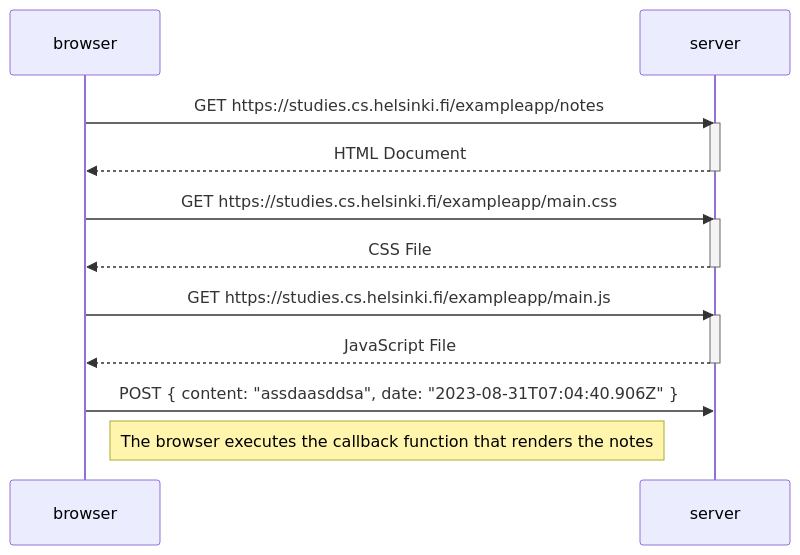
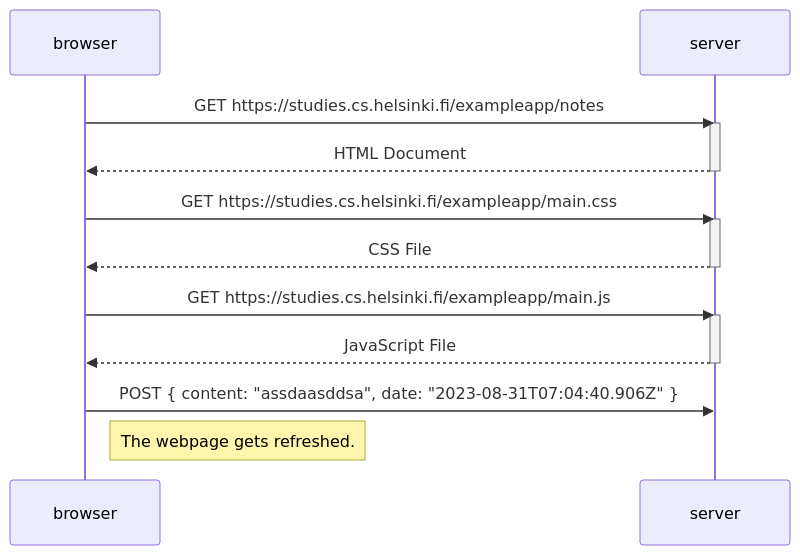
Before and after one commit to valtteriper/FullstackOpen: the diagram in part_0_4.md, drawn with Mermaid.

````diff
--- a/part_0_4.md
+++ b/part_0_4.md
@@ -1,25 +1,25 @@
 ```mermaid
 sequenceDiagram
     participant browser
     participant server
     
     browser->>server: GET https://studies.cs.helsinki.fi/exampleapp/notes
     activate server
     server-->>browser: HTML Document
     deactivate server
 
     browser->>server: GET https://studies.cs.helsinki.fi/exampleapp/main.css
     activate server
     server-->>browser: CSS File
     deactivate server
 
     browser->>server: GET https://studies.cs.helsinki.fi/exampleapp/main.js
     activate server
     server-->>browser: JavaScript File
     deactivate server
 
     browser->>server: POST { content: "assdaasddsa", date: "2023-08-31T07:04:40.906Z" }
 
-Note right of browser: The browser executes the callback function that renders the notes
+Note right of browser: The webpage gets refreshed.
 
 ```
````
